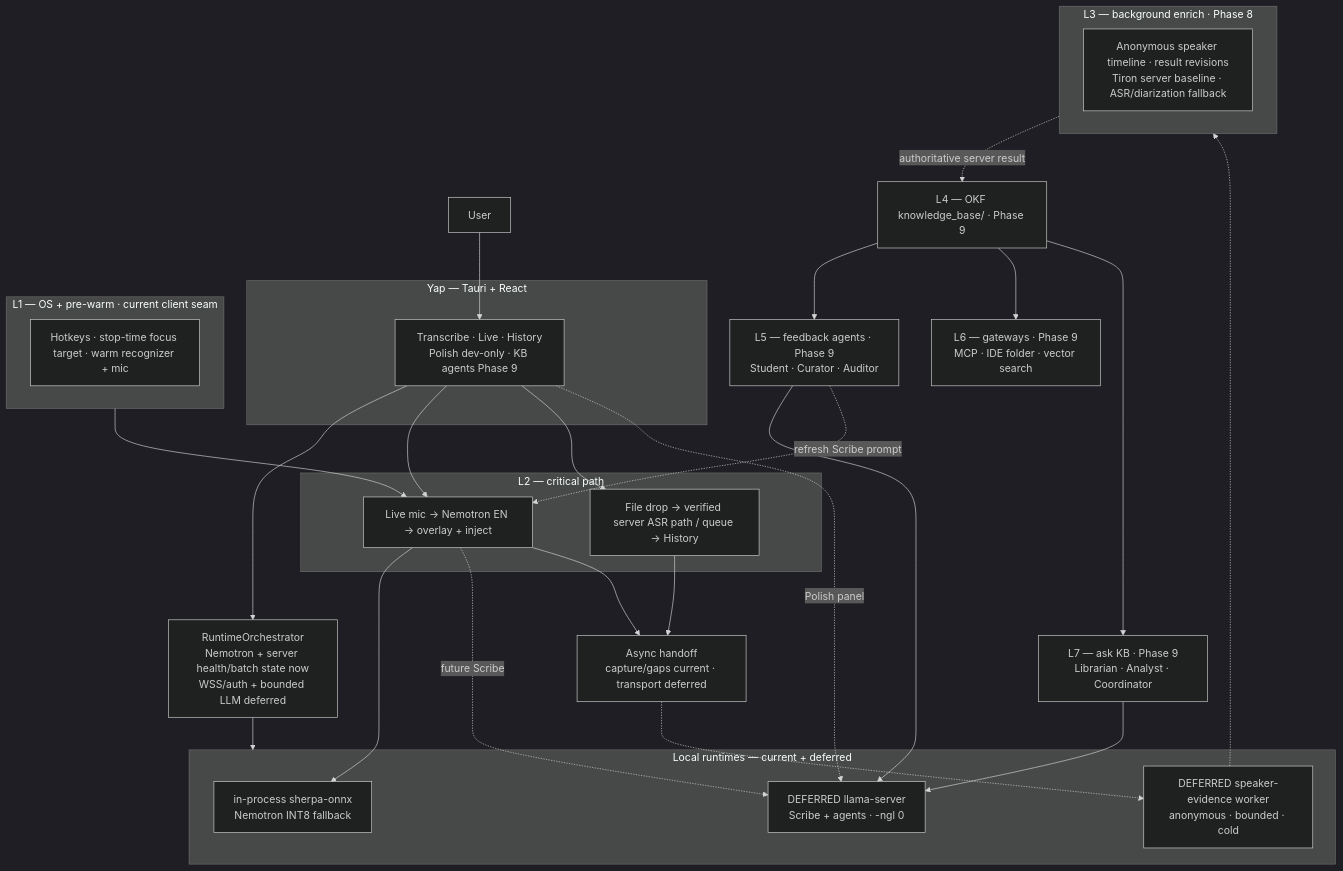
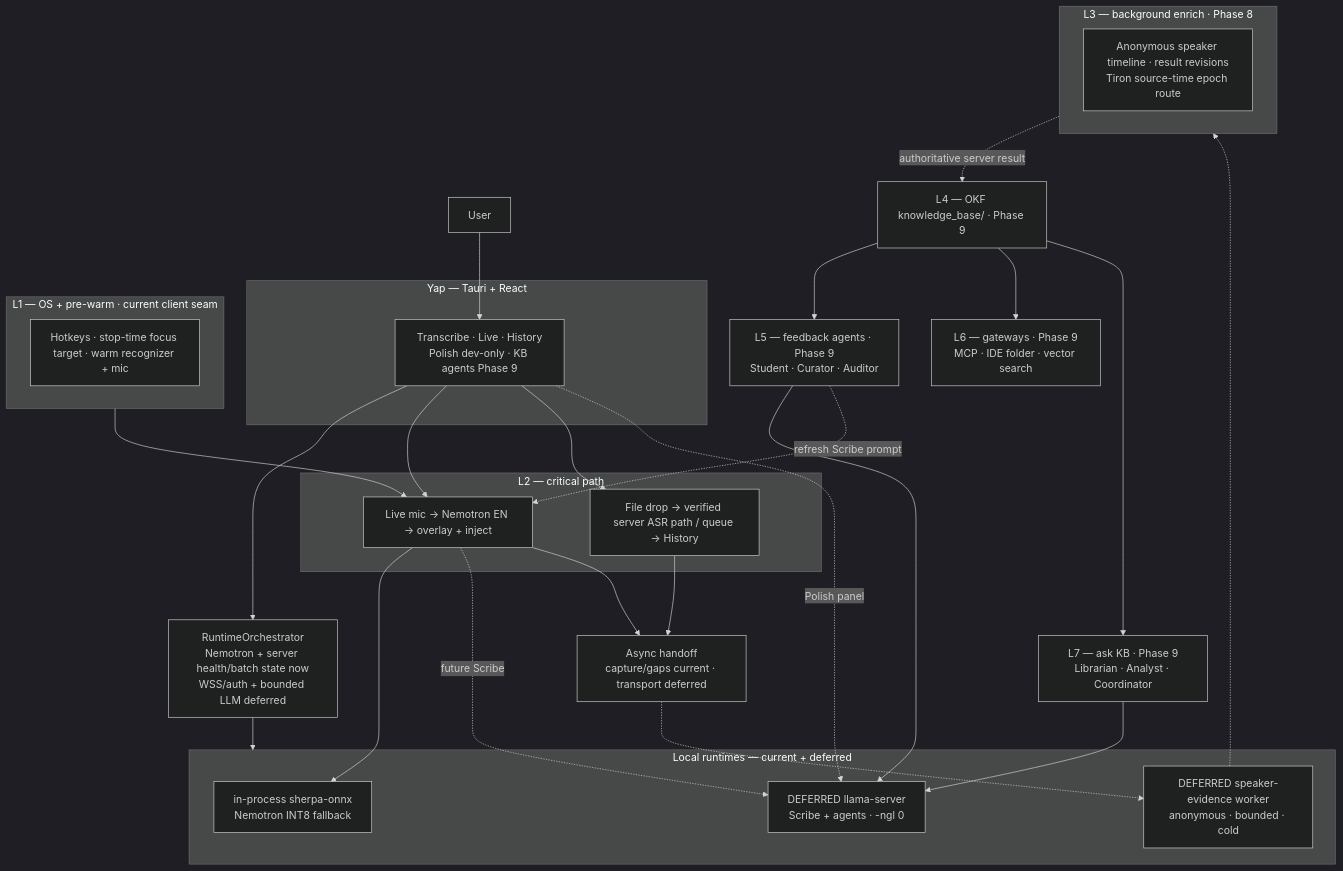
Before and after one commit to ZoOtMcNoOt/yap: the first of 4 diagrams in docs/VOICE-OS-ARCHITECTURE.md, drawn with Mermaid (dark theme). The commit also changed other lines of this file and 51 other files, not shown here.

````diff
--- a/docs/VOICE-OS-ARCHITECTURE.md
+++ b/docs/VOICE-OS-ARCHITECTURE.md
@@ -128,54 +128,54 @@
 ```mermaid
 flowchart TB
     User["User"]
 
     subgraph Yap["Yap — Tauri + React"]
         UI["Transcribe · Live · History<br/>Polish dev-only · KB agents Phase 9"]
     end
 
     Orch["RuntimeOrchestrator<br/>Nemotron + server health/batch state now<br/>WSS/auth + bounded LLM deferred"]
 
     subgraph Sidecars["Local runtimes — current + deferred"]
         CR["in-process sherpa-onnx<br/>Nemotron INT8 fallback"]
         LL["DEFERRED llama-server<br/>Scribe + agents · -ngl 0"]
         KW["DEFERRED speaker-evidence worker<br/>anonymous · bounded · cold"]
     end
 
     subgraph L1["L1 — OS + pre-warm · current client seam"]
         L1n["Hotkeys · stop-time focus target · warm recognizer + mic"]
     end
 
     subgraph L2["L2 — critical path"]
         Live["Live mic → Nemotron EN → overlay + inject"]
         Batch["File drop → verified server ASR path / queue → History"]
     end
 
     Handoff["Async handoff<br/>capture/gaps current · transport deferred"]
 
     subgraph L3["L3 — background enrich · Phase 8"]
-        L3n["Anonymous speaker timeline · result revisions<br/>Tiron server baseline · ASR/diarization fallback"]
+        L3n["Anonymous speaker timeline · result revisions<br/>Tiron source-time epoch route"]
     end
 
     L4["L4 — OKF knowledge_base/ · Phase 9"]
     L5["L5 — feedback agents · Phase 9<br/>Student · Curator · Auditor"]
     L6["L6 — gateways · Phase 9<br/>MCP · IDE folder · vector search"]
     L7["L7 — ask KB · Phase 9<br/>Librarian · Analyst · Coordinator"]
 
     User --> UI --> Orch
     Orch --> Sidecars
     L1 --> Live
     UI --> Live
     UI --> Batch
     Live --> CR
     Live -.->|future Scribe| LL
     UI -.->|Polish panel| LL
     Live --> Handoff
     Batch --> Handoff
     Handoff -.-> KW
     KW -.-> L3
     L3 -.->|authoritative server result| L4
     L4 --> L5 & L6 & L7
     L5 --> LL
     L7 --> LL
     L5 -.->|refresh Scribe prompt| Live
 ```
````
